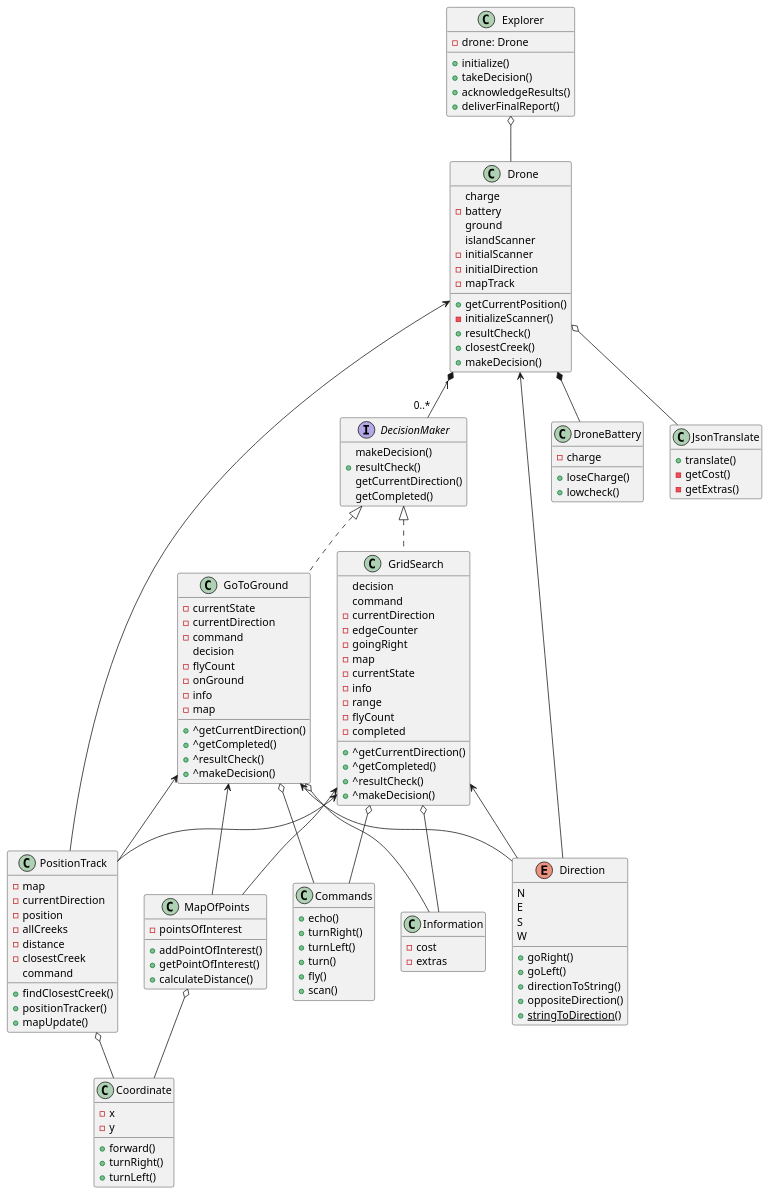
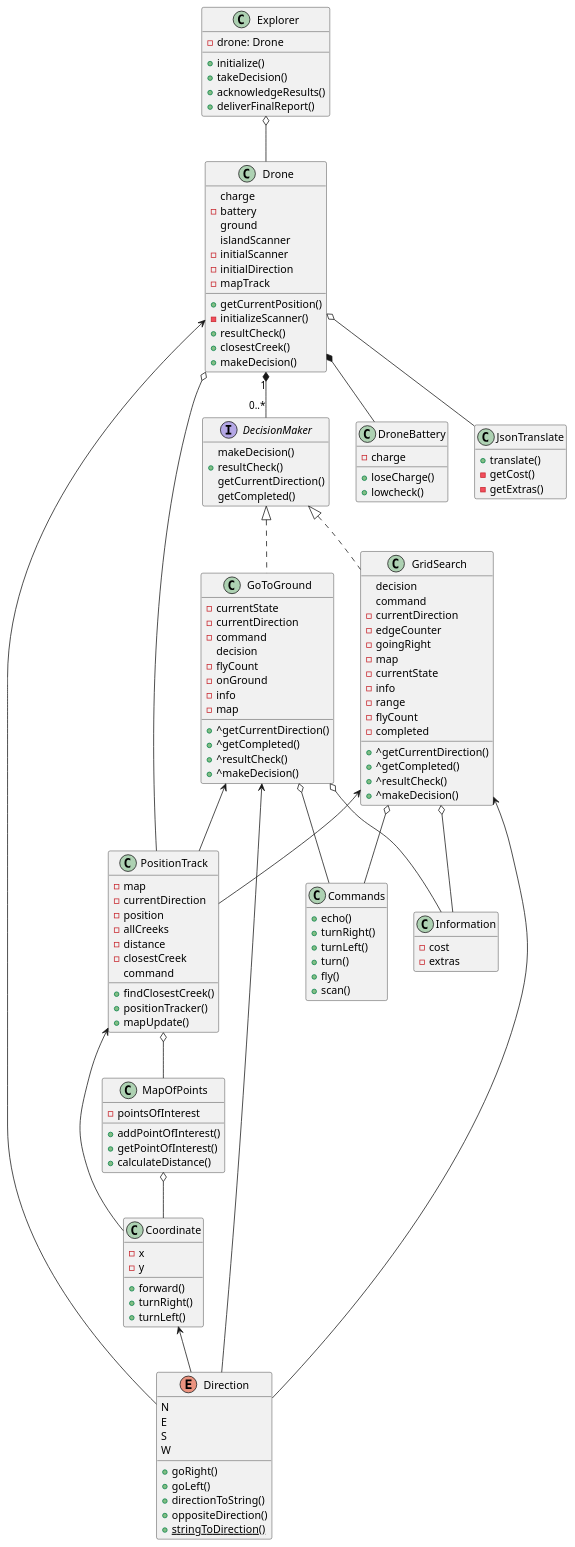
Before and after one commit to 2AA4-W24/a2-rescue-mission-team-113: the diagram in uml/HighLevelClassDIagram.puml, drawn with PlantUML.

Commit message:
fixed links between classes

```diff
--- a/uml/HighLevelClassDIagram.puml
+++ b/uml/HighLevelClassDIagram.puml
@@ -1,153 +1,152 @@
 @startuml
 
 hide empty members
 
 class Commands {
     + echo()
     + turnRight()
     + turnLeft()
     + turn()
     + fly()
     + scan()
 }
 
 class Coordinate {
     - x
     - y
     + forward()
     + turnRight()
     + turnLeft()
 }
 
 interface DecisionMaker {
     makeDecision()
     + resultCheck()
     getCurrentDirection()
     getCompleted()
 }
 
 enum Direction {
     N
     E
     S
     W
     + goRight()
     + goLeft()
     + directionToString()
     + oppositeDirection()
     + {static} stringToDirection()
 }
 
 class Drone {
     charge
     - battery
     ground
     islandScanner
     - initialScanner
     - initialDirection
     - mapTrack
     + getCurrentPosition()
     - initializeScanner()
     + resultCheck()
     + closestCreek()
     + makeDecision()
 }
 
 class DroneBattery {
     - charge
     + loseCharge()
     + lowcheck()
 }
 
 class Explorer {
     - drone: Drone
     + initialize()
     + takeDecision()
     + acknowledgeResults()
     + deliverFinalReport()
 }
 
 class GoToGround implements DecisionMaker {
     - currentState
     - currentDirection
     - command
     decision
     - flyCount
     - onGround
     - info
     - map
     + ^getCurrentDirection()
     + ^getCompleted()
     + ^resultCheck()
     + ^makeDecision()
 }
 
 class GridSearch implements DecisionMaker {
     decision
     command
     - currentDirection
     - edgeCounter
     - goingRight
     - map
     - currentState
     - info
     - range
     - flyCount
     - completed
     + ^getCurrentDirection()
     + ^getCompleted()
     + ^resultCheck()
     + ^makeDecision()
 }
 
 class Information {
     - cost
     - extras
 }
 
 class JsonTranslate {
     + translate()
     - getCost()
     - getExtras()
 }
 
 class MapOfPoints {
     - pointsOfInterest
     + addPointOfInterest()
     + getPointOfInterest()
     + calculateDistance()
 }
 
 class PositionTrack {
     - map
     - currentDirection
     - position
     - allCreeks
     - distance
     - closestCreek
     command
     + findClosestCreek()
     + positionTracker()
     + mapUpdate()
 }
 
 Explorer o-- Drone
 Drone "1" *-- "0..*" DecisionMaker
 Drone o-- JsonTranslate
 Drone *-- DroneBattery
 GoToGround o-- Commands
 GridSearch o-- Commands
-GoToGround <-- MapOfPoints
-GridSearch <-- MapOfPoints
 MapOfPoints o-- Coordinate
 GoToGround <-- PositionTrack
 GridSearch <-- PositionTrack
-PositionTrack o-- Coordinate
+PositionTrack <-- Coordinate
 GoToGround o-- Information
 GridSearch o-- Information
 Drone <-- Direction
 GoToGround <-- Direction
 GridSearch <-- Direction
-Drone <- PositionTrack
-
+Drone o- PositionTrack
+PositionTrack o-- MapOfPoints
+Coordinate <-- Direction
 @enduml
```
